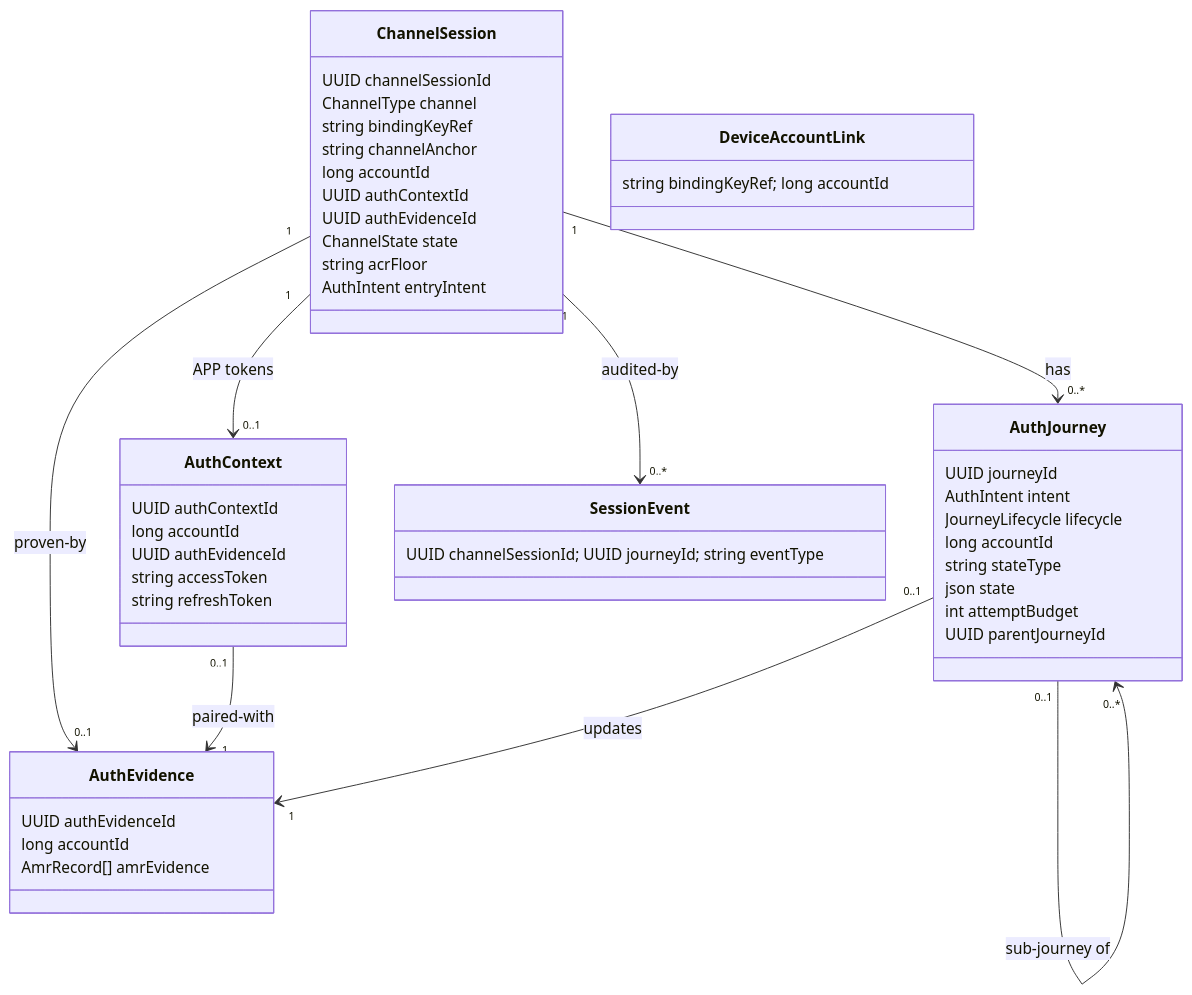
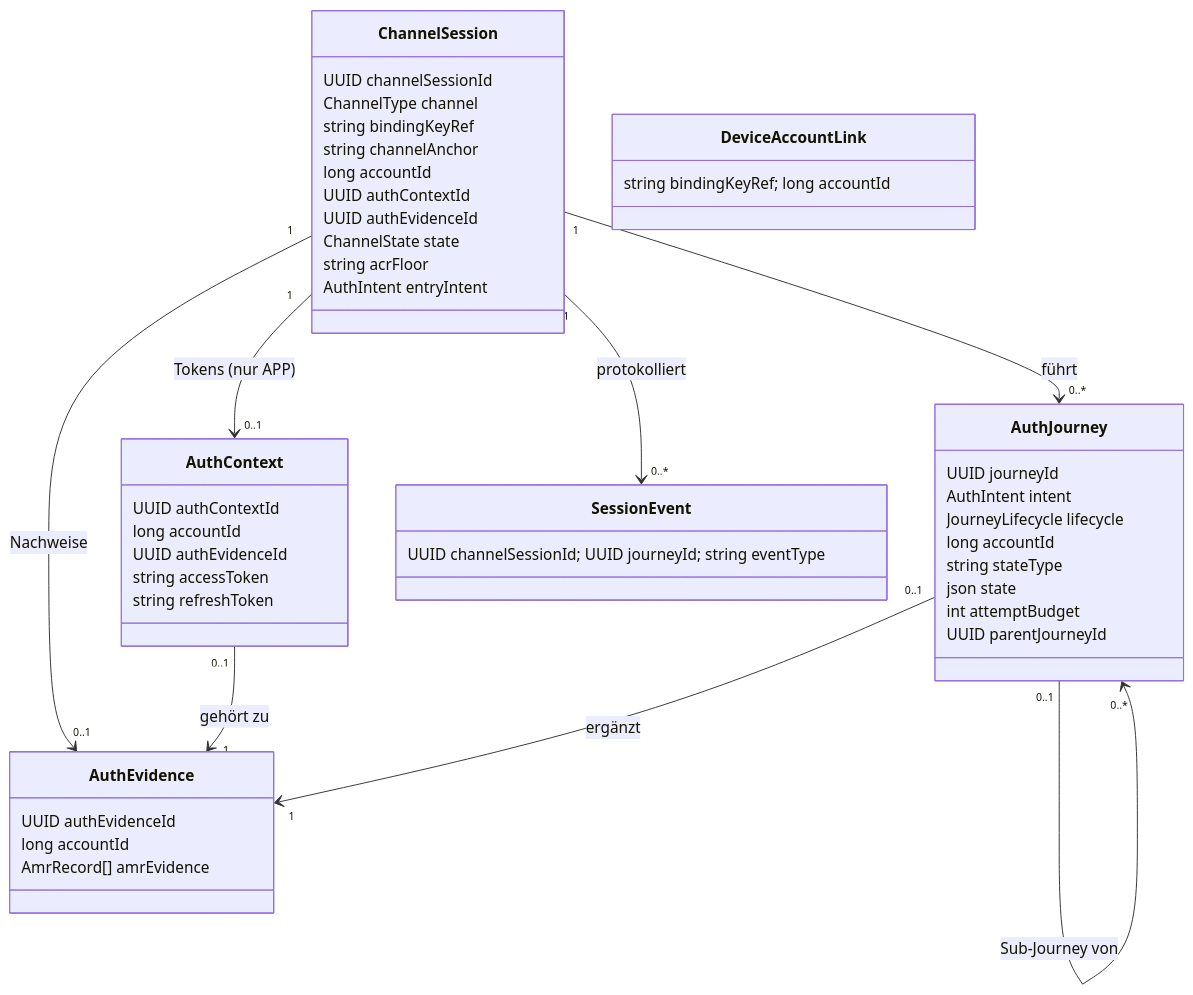
The first of 5 diagrams in docs/02-domaenenmodell.md (rpreissel/DPoP-demo), drawn with Mermaid before and after one commit. The commit also changed other lines of this file and 67 other files, not shown here.

````diff
--- a/docs/02-domaenenmodell.md
+++ b/docs/02-domaenenmodell.md
@@ -10,47 +10,47 @@
 ```mermaid
 classDiagram
   class ChannelSession {
     UUID channelSessionId
     ChannelType channel
     string bindingKeyRef
     string channelAnchor
     long accountId
     UUID authContextId
     UUID authEvidenceId
     ChannelState state
     string acrFloor
     AuthIntent entryIntent
   }
   class AuthJourney {
     UUID journeyId
     AuthIntent intent
     JourneyLifecycle lifecycle
     long accountId
     string stateType
     json state
     int attemptBudget
     UUID parentJourneyId
   }
   class DeviceAccountLink { string bindingKeyRef; long accountId }
   class AuthEvidence {
     UUID authEvidenceId
     long accountId
     AmrRecord[] amrEvidence
   }
   class AuthContext {
     UUID authContextId
     long accountId
     UUID authEvidenceId
     string accessToken
     string refreshToken
   }
   class SessionEvent { UUID channelSessionId; UUID journeyId; string eventType }
 
-  ChannelSession "1" --> "0..*" AuthJourney : has
-  AuthJourney "0..1" --> "0..*" AuthJourney : sub-journey of
-  ChannelSession "1" --> "0..1" AuthEvidence : proven-by
-  ChannelSession "1" --> "0..1" AuthContext : APP tokens
-  AuthContext "0..1" --> "1" AuthEvidence : paired-with
-  AuthJourney "0..1" --> "1" AuthEvidence : updates
-  ChannelSession "1" --> "0..*" SessionEvent : audited-by
+  ChannelSession "1" --> "0..*" AuthJourney : führt
+  AuthJourney "0..1" --> "0..*" AuthJourney : Sub-Journey von
+  ChannelSession "1" --> "0..1" AuthEvidence : Nachweise
+  ChannelSession "1" --> "0..1" AuthContext : Tokens (nur APP)
+  AuthContext "0..1" --> "1" AuthEvidence : gehört zu
+  AuthJourney "0..1" --> "1" AuthEvidence : ergänzt
+  ChannelSession "1" --> "0..*" SessionEvent : protokolliert
 ```
````
